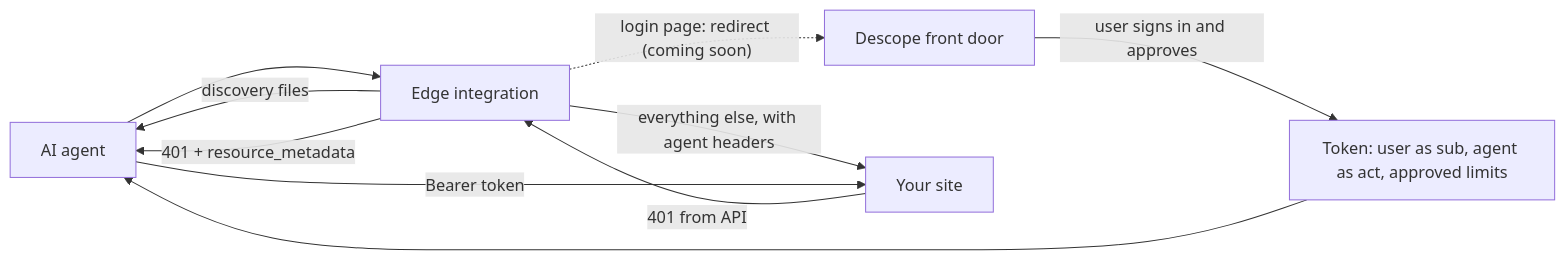
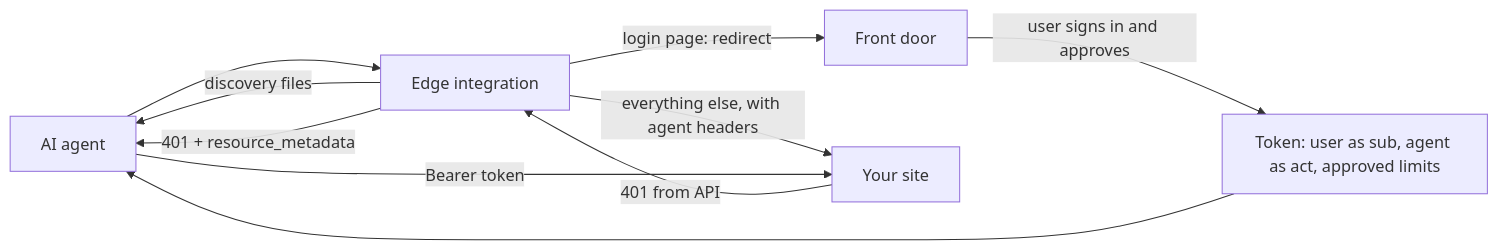
The first of 3 diagrams in README.md (descope/agent-edge), drawn with Mermaid before and after one commit. The commit also changed other lines of this file and 27 other files, not shown here.

First line of the commit message:
Agent Edge: rename, front door reference implementation, step-up for purchases, and a simpler Worker README (#4)

````diff
--- a/README.md
+++ b/README.md
@@ -18,12 +18,12 @@
 ```mermaid
 flowchart LR
   agent[AI agent] --> edge[Edge integration]
   edge -- "discovery files" --> agent
-  edge -. "login page: redirect (coming soon)" .-> door[Descope front door]
+  edge -- "login page: redirect" --> door[Front door]
   edge -- "everything else, with agent headers" --> site[Your site]
   site -- "401 from API" --> edge
   edge -- "401 + resource_metadata" --> agent
   door -- "user signs in and approves" --> token["Token: user as sub, agent as act, approved limits"]
   token --> agent
   agent -- "Bearer token" --> site
 ```
````
